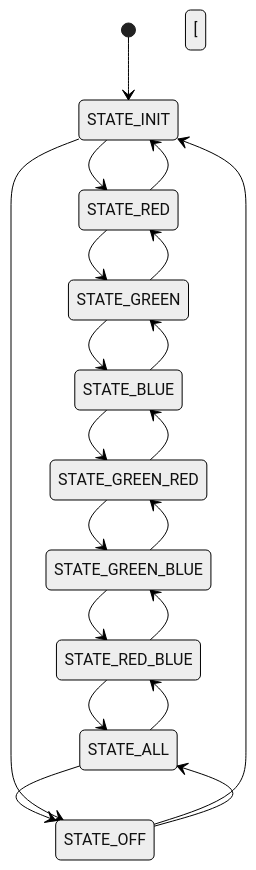
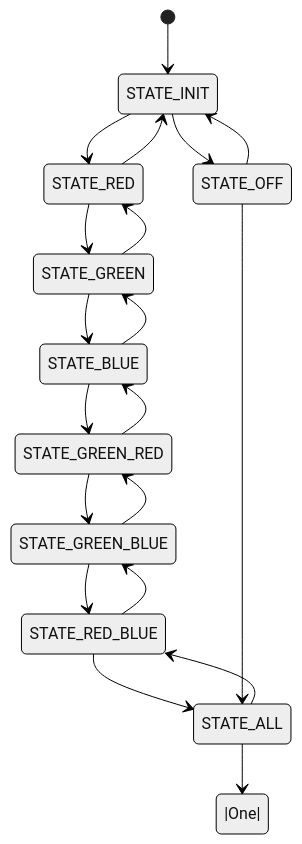
The diagram in all/Mapa de Estado.md (AngelMzno/iodraw-files), drawn with Mermaid (neutral theme) before and after one commit.

Commit message:
2024-09-03 19:50:29 update

````diff
--- a/all/Mapa de Estado.md
+++ b/all/Mapa de Estado.md
@@ -1,28 +1,28 @@
 ```mermaid
 stateDiagram-v2
 [*]-->STATE_INIT
 STATE_INIT --> STATE_RED
 STATE_RED --> STATE_GREEN
 STATE_GREEN-->STATE_BLUE
 STATE_BLUE -->STATE_GREEN_RED
 STATE_GREEN_RED -->STATE_GREEN_BLUE
 STATE_GREEN_BLUE-->STATE_RED_BLUE
 STATE_RED_BLUE-->STATE_ALL
-STATE_ALL-->STATE_OFF
+STATE_ALL-->|One| STATE_OFF
 STATE_OFF-->STATE_INIT
 
-[
+
 STATE_INIT --> STATE_OFF
 STATE_RED --> STATE_INIT
 STATE_GREEN-->STATE_RED
 STATE_BLUE -->STATE_GREEN
 STATE_GREEN_RED -->STATE_BLUE
 STATE_GREEN_BLUE-->STATE_GREEN_RED
 STATE_RED_BLUE-->STATE_GREEN_BLUE
 STATE_ALL-->STATE_RED_BLUE
 STATE_OFF-->STATE_ALL
 
 
 
 
 ```
````
